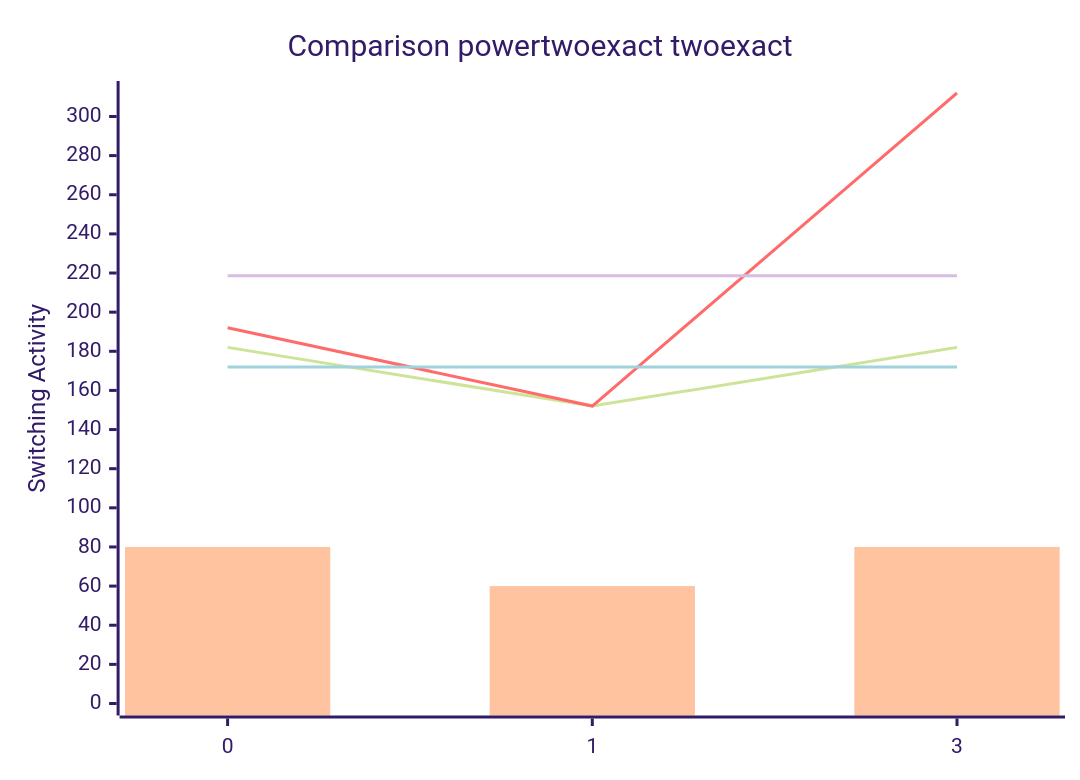
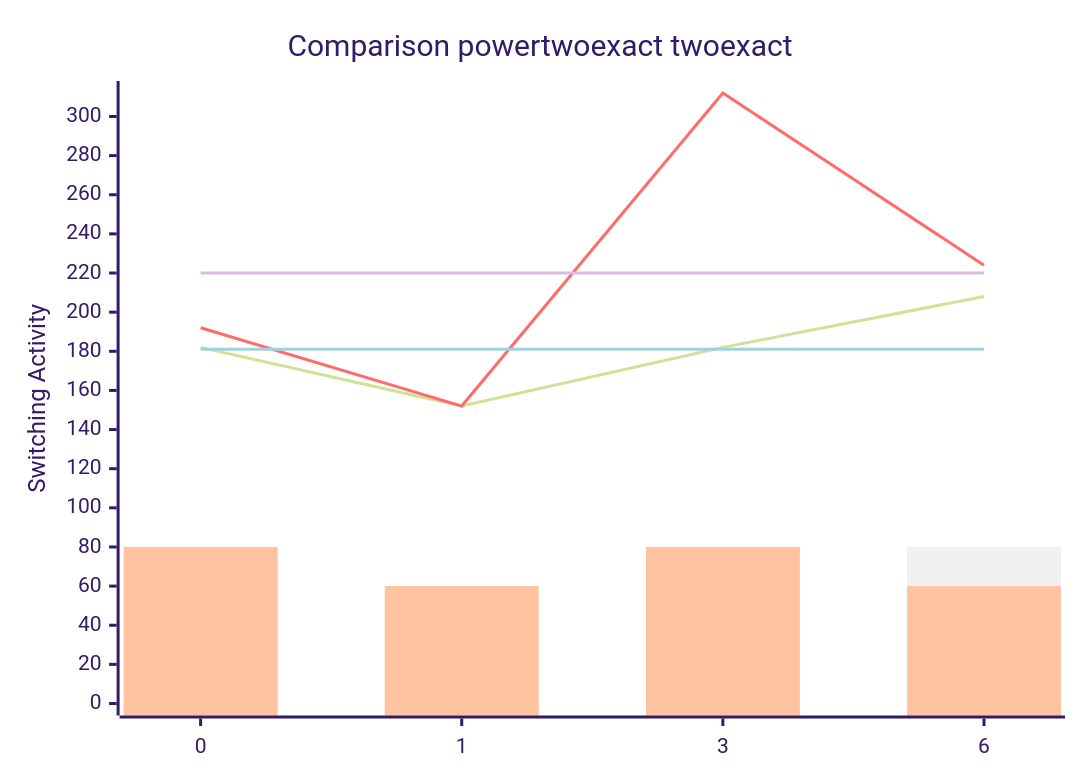
One commit to FeldmeierMichael/Exact-Power-Synthesis changed the diagram in benchmark_opt.md. Above: the diagram before and after it, drawn with Mermaid (forest theme). The commit also changed other lines of this file, not shown here.

````diff
--- a/benchmark_opt.md
+++ b/benchmark_opt.md
@@ -11,12 +13,12 @@
 ```mermaid
 xychart-beta
     title "Comparison powertwoexact twoexact"
-    x-axis [0, 1, 3]
+    x-axis [0, 1, 3, 6]
     y-axis "Switching Activity" 0-->312
-    line [182, 152, 182]
-    line [192, 152, 312]
-    line [172.0, 172.0, 172.0]
-    line [218.66666666666666, 218.66666666666666, 218.66666666666666]
-    bar [80, 60, 80]
-    bar [80, 60, 80]
+    line [182, 152, 182, 208]
+    line [192, 152, 312, 224]
+    line [181.0, 181.0, 181.0, 181.0]
+    line [220.0, 220.0, 220.0, 220.0]
+    bar [80, 60, 80, 80]
+    bar [80, 60, 80, 60]
 ```
````
